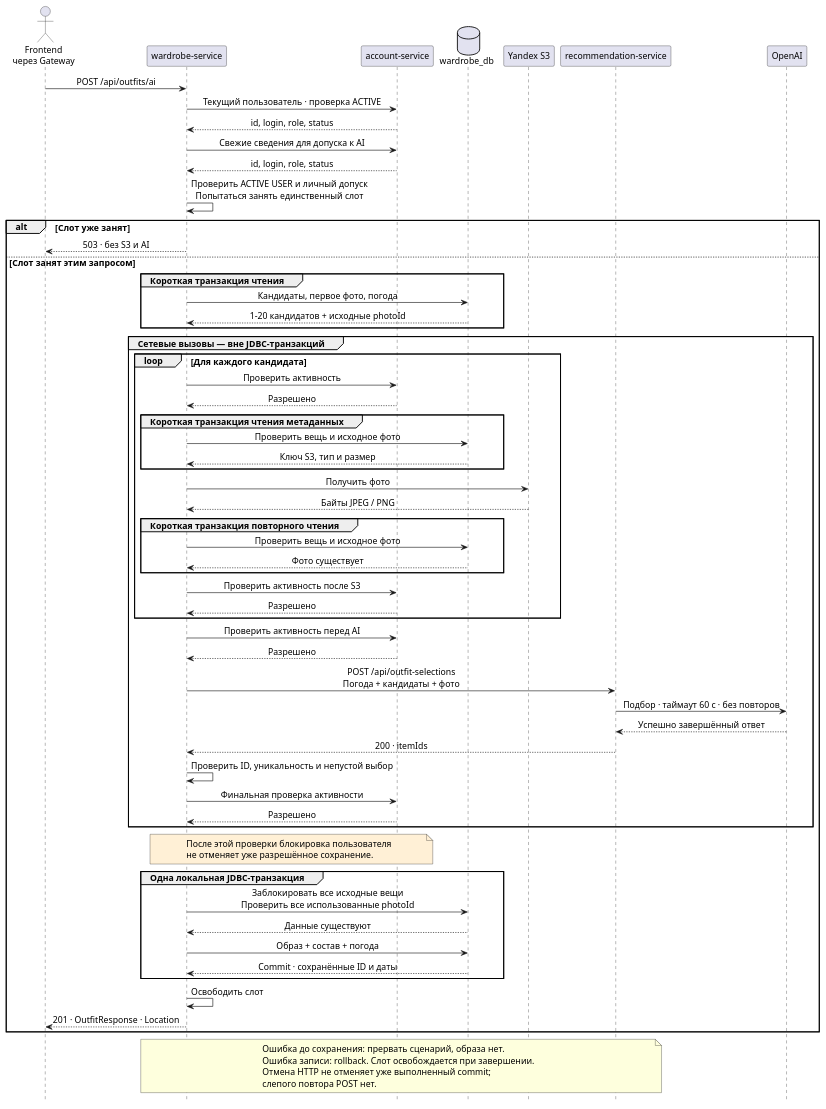
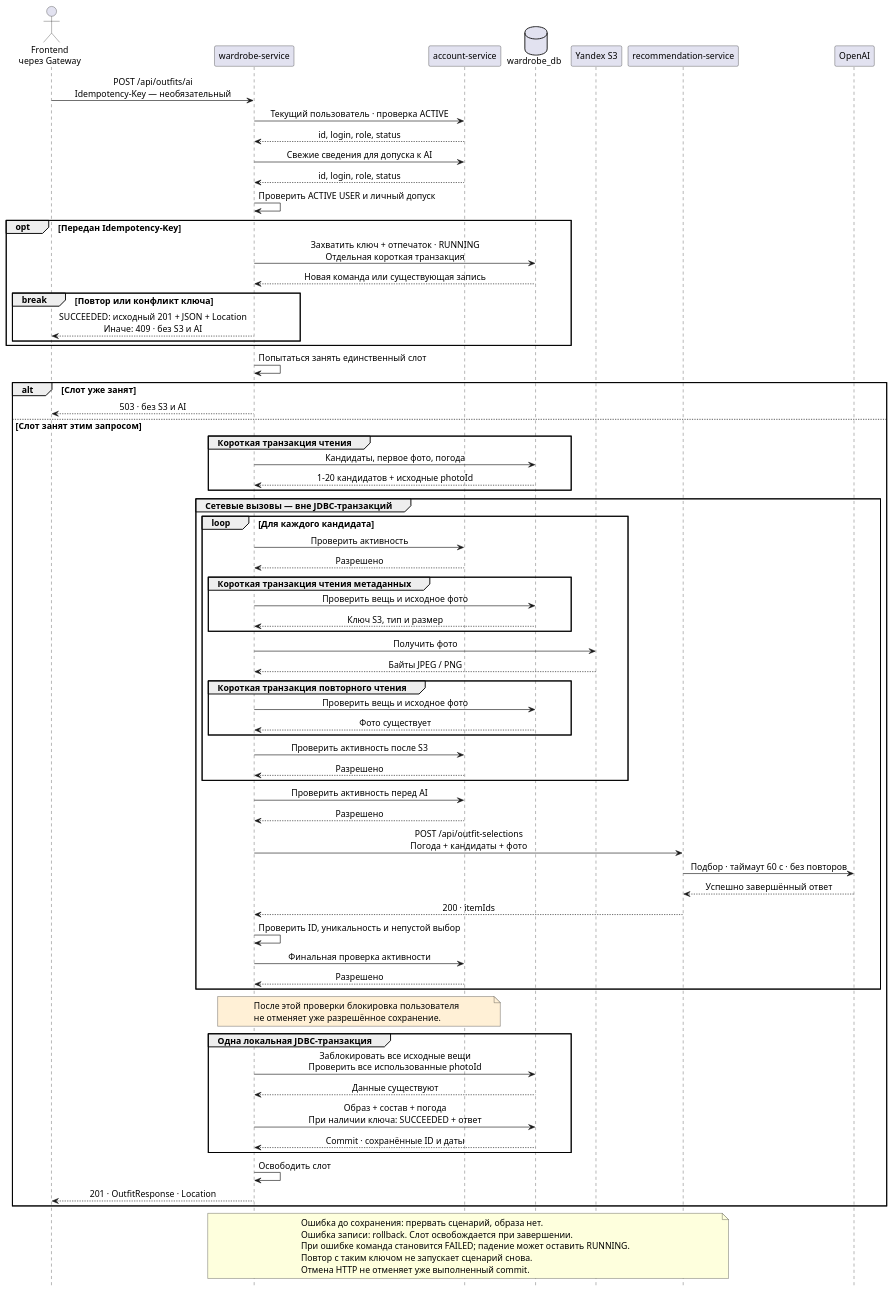
Before and after one commit to SimeonGor/clothes-advisor: the diagram in docs/lab2/diagrams/ai-selection.puml, drawn with PlantUML. The commit also changed 8 other files, not shown here.

```diff
--- a/docs/lab2/diagrams/ai-selection.puml
+++ b/docs/lab2/diagrams/ai-selection.puml
@@ -1,82 +1,92 @@
 @startuml ai-selection
 skinparam backgroundColor #FFFFFF
 skinparam defaultFontName SansSerif
 skinparam defaultFontSize 14
 skinparam shadowing false
 skinparam sequenceMessageAlign center
 skinparam responseMessageBelowArrow true
 hide footbox
 
 actor "Frontend\nчерез Gateway" as client
 participant "wardrobe-service" as wardrobe
 participant "account-service" as account
 database "wardrobe_db" as db
 participant "Yandex S3" as s3
 participant "recommendation-service" as recommendation
 participant "OpenAI" as ai
 
-client -> wardrobe : POST /api/outfits/ai
+client -> wardrobe : POST /api/outfits/ai\nIdempotency-Key — необязательный
 wardrobe -> account : Текущий пользователь · проверка ACTIVE
 account --> wardrobe : id, login, role, status
 wardrobe -> account : Свежие сведения для допуска к AI
 account --> wardrobe : id, login, role, status
-wardrobe -> wardrobe : Проверить ACTIVE USER и личный допуск\nПопытаться занять единственный слот
+wardrobe -> wardrobe : Проверить ACTIVE USER и личный допуск
+
+opt Передан Idempotency-Key
+  wardrobe -> db : Захватить ключ + отпечаток · RUNNING\nОтдельная короткая транзакция
+  db --> wardrobe : Новая команда или существующая запись
+  break Повтор или конфликт ключа
+    wardrobe --> client : SUCCEEDED: исходный 201 + JSON + Location\nИначе: 409 · без S3 и AI
+  end
+end
+wardrobe -> wardrobe : Попытаться занять единственный слот
 
 alt Слот уже занят
   wardrobe --> client : 503 · без S3 и AI
 else Слот занят этим запросом
   group Короткая транзакция чтения
     wardrobe -> db : Кандидаты, первое фото, погода
     db --> wardrobe : 1–20 кандидатов + исходные photoId
   end
 
   group Сетевые вызовы — вне JDBC-транзакций
     loop Для каждого кандидата
       wardrobe -> account : Проверить активность
       account --> wardrobe : Разрешено
       group Короткая транзакция чтения метаданных
         wardrobe -> db : Проверить вещь и исходное фото
         db --> wardrobe : Ключ S3, тип и размер
       end
       wardrobe -> s3 : Получить фото
       s3 --> wardrobe : Байты JPEG / PNG
       group Короткая транзакция повторного чтения
         wardrobe -> db : Проверить вещь и исходное фото
         db --> wardrobe : Фото существует
       end
       wardrobe -> account : Проверить активность после S3
       account --> wardrobe : Разрешено
     end
     wardrobe -> account : Проверить активность перед AI
     account --> wardrobe : Разрешено
     wardrobe -> recommendation : POST /api/outfit-selections\nПогода + кандидаты + фото
     recommendation -> ai : Подбор · таймаут 60 с · без повторов
     ai --> recommendation : Успешно завершённый ответ
     recommendation --> wardrobe : 200 · itemIds
     wardrobe -> wardrobe : Проверить ID, уникальность и непустой выбор
     wardrobe -> account : Финальная проверка активности
     account --> wardrobe : Разрешено
   end
 
   note over wardrobe, account #FFF0D6
     После этой проверки блокировка пользователя
     не отменяет уже разрешённое сохранение.
   end note
 
   group Одна локальная JDBC-транзакция
     wardrobe -> db : Заблокировать все исходные вещи\nПроверить все использованные photoId
     db --> wardrobe : Данные существуют
-    wardrobe -> db : Образ + состав + погода
+    wardrobe -> db : Образ + состав + погода\nПри наличии ключа: SUCCEEDED + ответ
     db --> wardrobe : Commit · сохранённые ID и даты
   end
   wardrobe -> wardrobe : Освободить слот
   wardrobe --> client : 201 · OutfitResponse · Location
 end
 
 note over wardrobe, recommendation
   Ошибка до сохранения: прервать сценарий, образа нет.
   Ошибка записи: rollback. Слот освобождается при завершении.
-  Отмена HTTP не отменяет уже выполненный commit;
-  слепого повтора POST нет.
+  При ошибке команда становится FAILED; падение может оставить RUNNING.
+  Повтор с таким ключом не запускает сценарий снова.
+  Отмена HTTP не отменяет уже выполненный commit.
 end note
 @enduml
```
